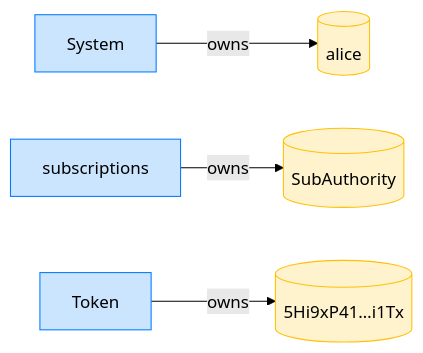
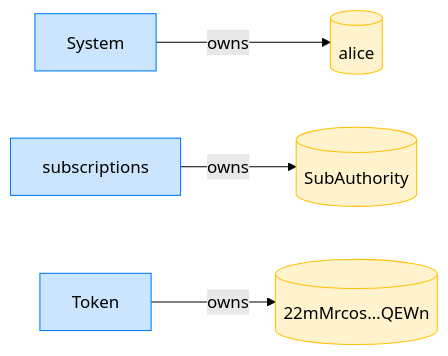
Before and after one commit to cds-rs/subscriptions: the fourth of 8 diagrams in dsl_tests/transfer-subscription--a-cancelled-subscription-past-its-period-is-refused.md, drawn with Mermaid (forest theme). The commit also changed other lines of this file and 224 other files, not shown here.

````diff
--- a/dsl_tests/transfer-subscription--a-cancelled-subscription-past-its-period-is-refused.md
+++ b/dsl_tests/transfer-subscription--a-cancelled-subscription-past-its-period-is-refused.md
@@ -73,14 +78,14 @@
 ```mermaid
 flowchart LR
     classDef owner fill:#cce5ff,stroke:#007bff;
     classDef account fill:#fff3cd,stroke:#ffc107;
     System[System]:::owner
     alice[(alice)]:::account
     subscriptions[subscriptions]:::owner
     SubAuthority[(SubAuthority)]:::account
     Token[Token]:::owner
-    5Hi9xP41_i1Tx[("5Hi9xP41…i1Tx")]:::account
+    22mMrcos_QEWn[("22mMrcos…QEWn")]:::account
     System -->|owns| alice
     subscriptions -->|owns| SubAuthority
-    Token -->|owns| 5Hi9xP41_i1Tx
+    Token -->|owns| 22mMrcos_QEWn
 ```
````
